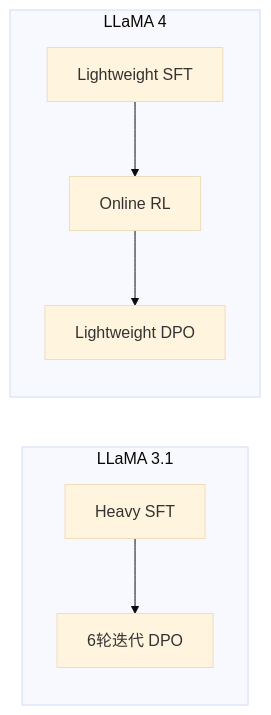
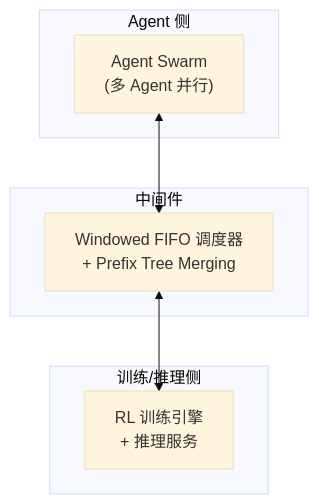
One commit to XavierZhang2002/agentic-rl-analysis changed the eighth of 11 diagrams in docs/post-training/02-技术报告解读与训练经验.md. Above: the diagram before and after it, drawn with Mermaid (base theme). The commit also changed other lines of this file, not shown here.

````diff
--- a/docs/post-training/02-技术报告解读与训练经验.md
+++ b/docs/post-training/02-技术报告解读与训练经验.md
@@ -314,9 +690,13 @@
 ```mermaid
-flowchart LR
-    subgraph "LLaMA 3.1"
-        A1["Heavy SFT"] --> A2["6轮迭代 DPO"]
+flowchart TD
+    subgraph Agent_Side["Agent 侧"]
+        AS["Agent Swarm\n(多 Agent 并行)"]
     end
-    subgraph "LLaMA 4"
-        B1["Lightweight SFT"] --> B2["Online RL"] --> B3["Lightweight DPO"]
+    subgraph Middleware["中间件"]
+        MW["Windowed FIFO 调度器\n+ Prefix Tree Merging"]
     end
+    subgraph Training_Side["训练/推理侧"]
+        TS["RL 训练引擎\n+ 推理服务"]
+    end
+    AS <--> MW <--> TS
 ```
````
